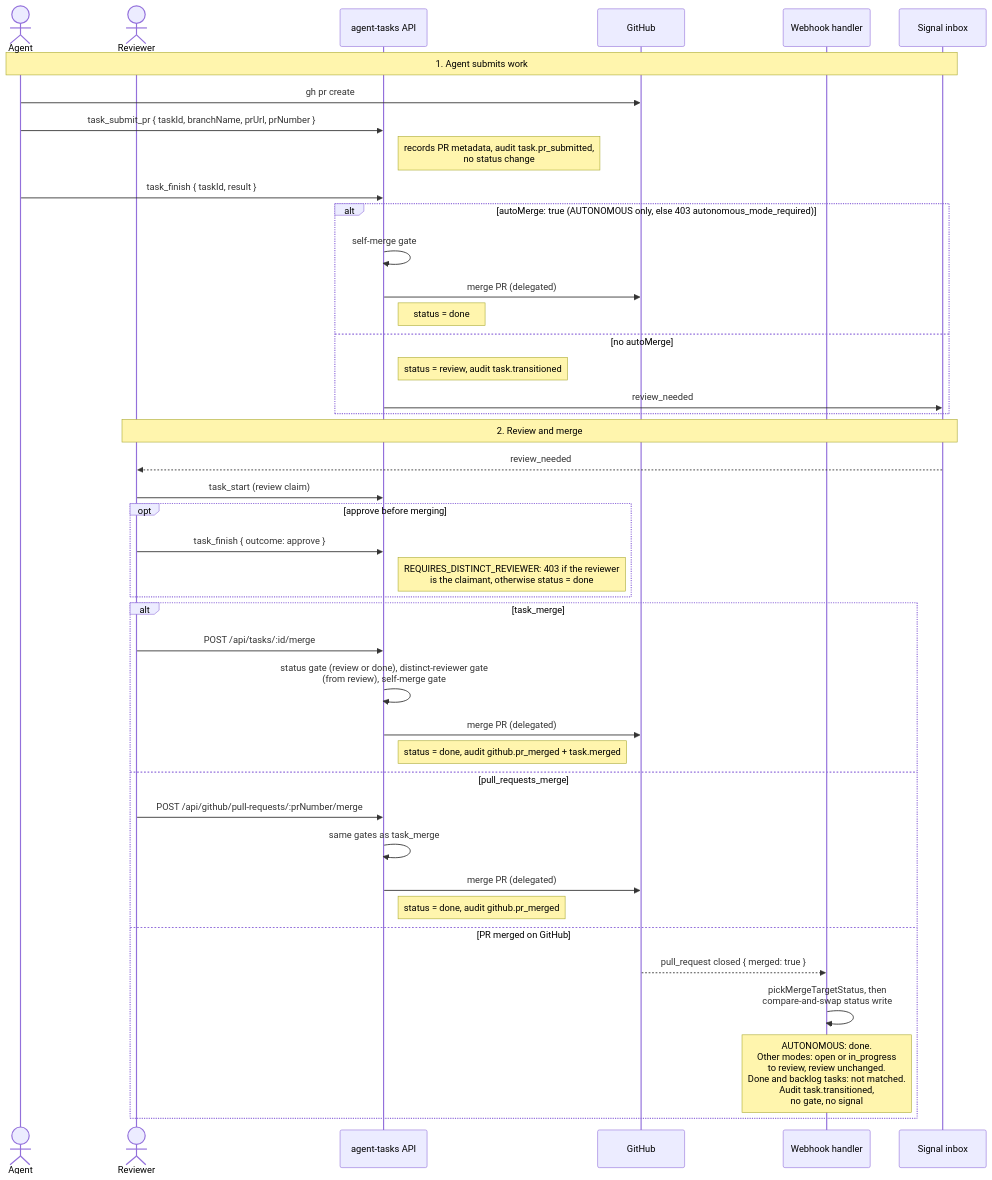
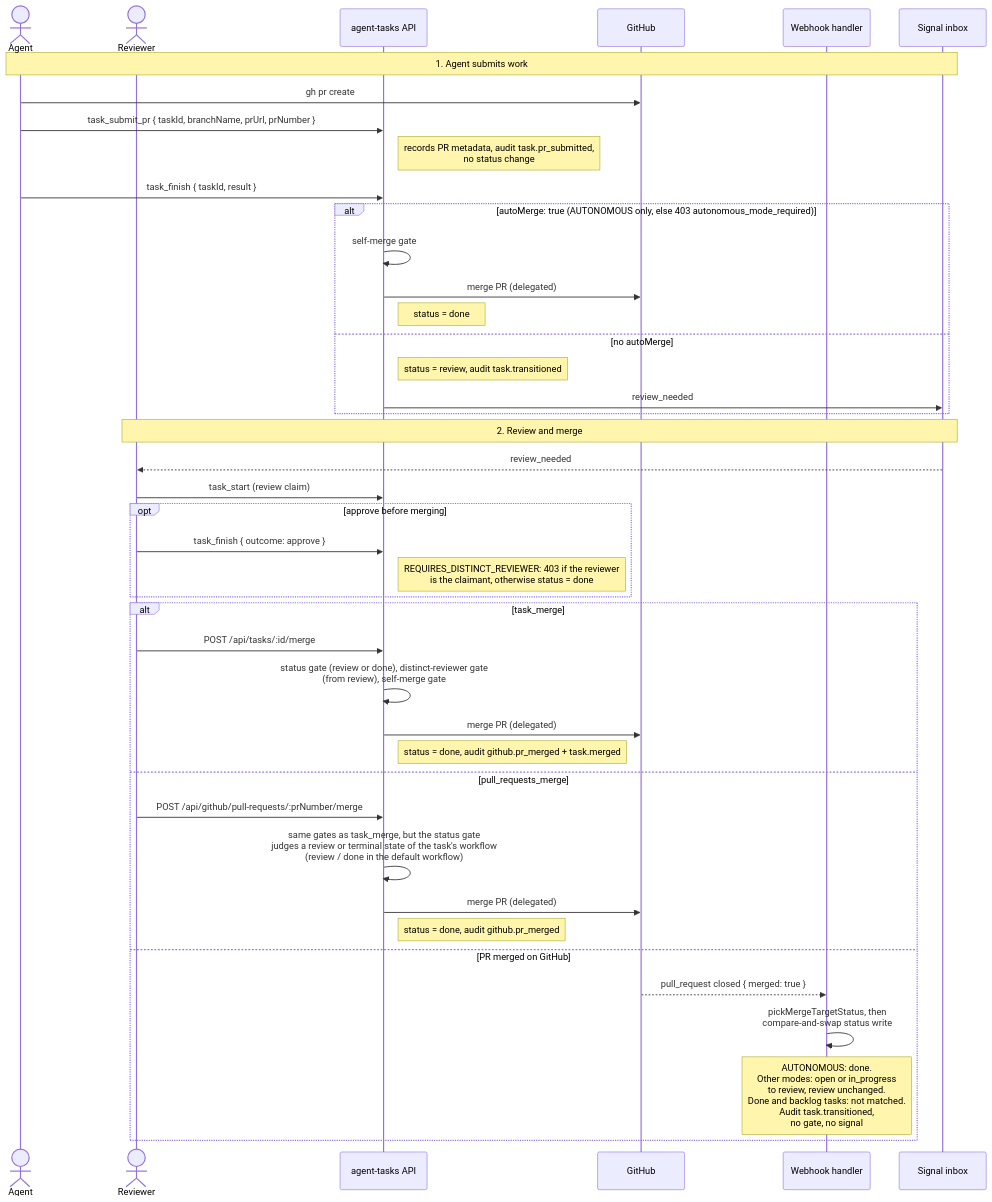
The diagram in docs/diagrams/sequence-review-deploy.mmd (LanNguyenSi/agent-tasks), drawn with Mermaid before and after one commit. The commit also changed 7 other files, not shown here.

First line of the commit message:
docs: merge gate describe text names the workflow's review and terminal states; task_merge wording; LIKE-escape tests

```diff
--- a/docs/diagrams/sequence-review-deploy.mmd
+++ b/docs/diagrams/sequence-review-deploy.mmd
@@ -1,44 +1,44 @@
 sequenceDiagram
     actor Agent
     actor Reviewer
     participant API as agent-tasks API
     participant GH as GitHub
     participant Hook as Webhook handler
     participant Inbox as Signal inbox
 
     Note over Agent,Inbox: 1. Agent submits work
     Agent->>GH: gh pr create
     Agent->>API: task_submit_pr { taskId, branchName, prUrl, prNumber }
     Note right of API: records PR metadata, audit task.pr_submitted,<br/>no status change
     Agent->>API: task_finish { taskId, result }
     alt autoMerge: true (AUTONOMOUS only, else 403 autonomous_mode_required)
         API->>API: self-merge gate
         API->>GH: merge PR (delegated)
         Note right of API: status = done
     else no autoMerge
         Note right of API: status = review, audit task.transitioned
         API->>Inbox: review_needed
     end
 
     Note over Reviewer,Inbox: 2. Review and merge
     Inbox-->>Reviewer: review_needed
     Reviewer->>API: task_start (review claim)
     opt approve before merging
         Reviewer->>API: task_finish { outcome: approve }
         Note right of API: REQUIRES_DISTINCT_REVIEWER: 403 if the reviewer<br/>is the claimant, otherwise status = done
     end
     alt task_merge
         Reviewer->>API: POST /api/tasks/:id/merge
         API->>API: status gate (review or done), distinct-reviewer gate<br/>(from review), self-merge gate
         API->>GH: merge PR (delegated)
         Note right of API: status = done, audit github.pr_merged + task.merged
     else pull_requests_merge
         Reviewer->>API: POST /api/github/pull-requests/:prNumber/merge
-        API->>API: same gates as task_merge
+        API->>API: same gates as task_merge, but the status gate<br/>judges a review or terminal state of the task's workflow<br/>(review / done in the default workflow)
         API->>GH: merge PR (delegated)
         Note right of API: status = done, audit github.pr_merged
     else PR merged on GitHub
         GH-->>Hook: pull_request closed { merged: true }
         Hook->>Hook: pickMergeTargetStatus, then<br/>compare-and-swap status write
         Note over Hook: AUTONOMOUS: done.<br/>Other modes: open or in_progress<br/>to review, review unchanged.<br/>Done and backlog tasks: not matched.<br/>Audit task.transitioned,<br/>no gate, no signal
     end
```
